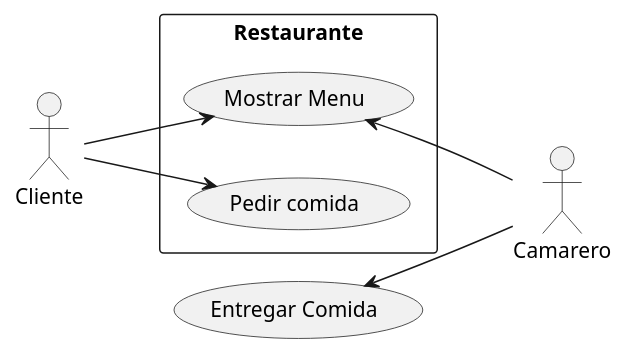
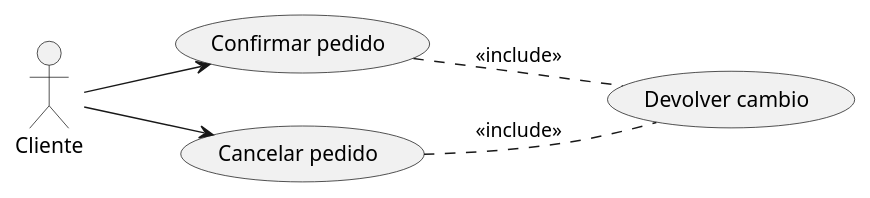
Before and after one commit to DanielMiralles12/ClasesDeUso: the diagram in src/ClasesDeUso.puml, drawn with PlantUML. The commit also changed 1 other file, not shown here.

```diff
--- a/src/ClasesDeUso.puml
+++ b/src/ClasesDeUso.puml
@@ -1,16 +1,15 @@
 @startuml
 left to right direction
 :Cliente:
-:Camarero:
 
-rectangle Restaurante{
-"Mostrar Menu" as (Mostrar)
-"Pedir comida" as (Pedir)
-}
+"Confirmar pedido" as (confirmar)
+"Cancelar pedido" as (cancelar)
 
-Cliente --> (Mostrar)
-Cliente --> (Pedir)
-(Mostrar) <-- Camarero
-(Entrega) <-- Camarero
-"Entregar Comida" as (Entrega)
+Cliente --> (confirmar)
+Cliente --> (cancelar)
+
+"Devolver cambio" as (devolver)
+
+(confirmar) .. (devolver) : <<include>>
+(cancelar) .. (devolver) : <<include>>
 @enduml
```
